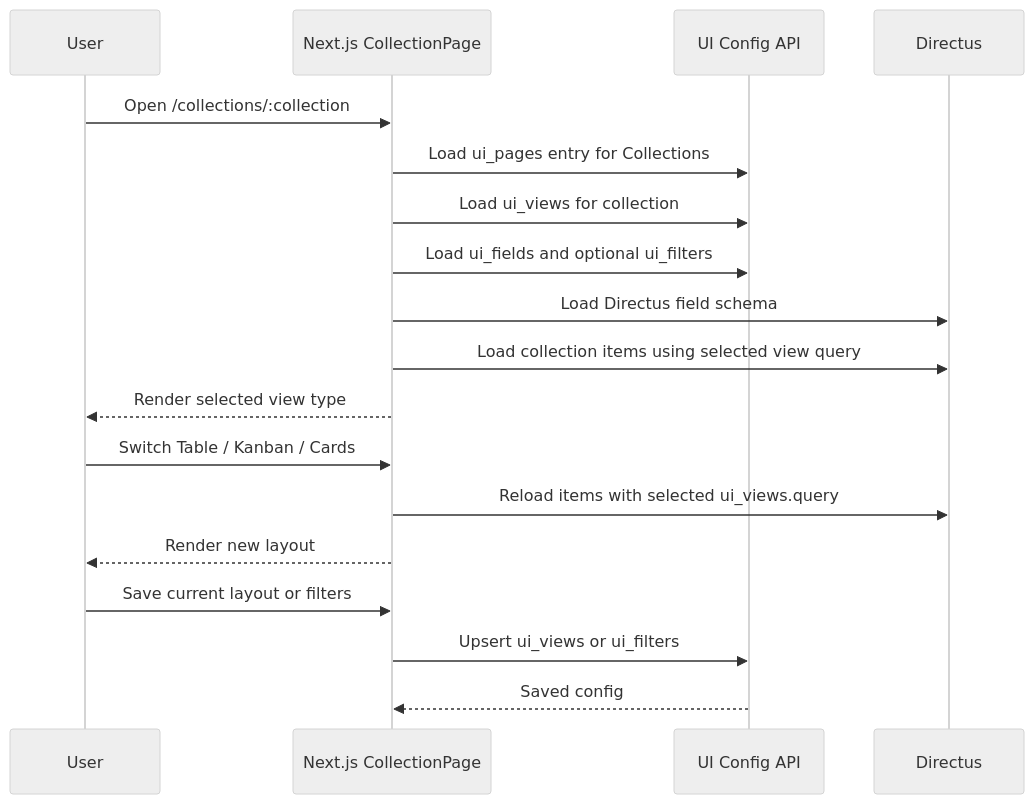
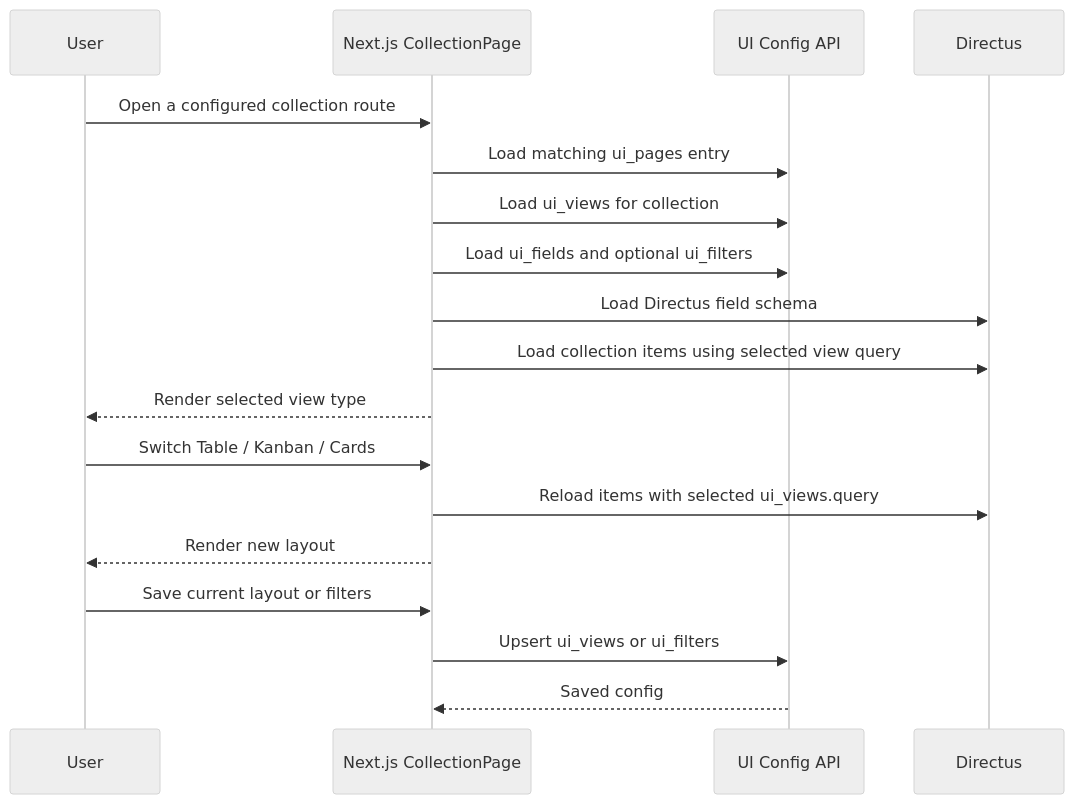
The third of 4 diagrams in docs/architecture.md (tmt203/cx2.0), drawn with Mermaid (neutral theme) before and after one commit. The commit also changed other lines of this file and 13 other files, not shown here.

````diff
--- a/docs/architecture.md
+++ b/docs/architecture.md
@@ -229,23 +242,23 @@
 ```mermaid
 sequenceDiagram
     participant User
     participant UI as Next.js CollectionPage
     participant Config as UI Config API
     participant Directus
 
-    User->>UI: Open /collections/:collection
-    UI->>Config: Load ui_pages entry for Collections
+    User->>UI: Open a configured collection route
+    UI->>Config: Load matching ui_pages entry
     UI->>Config: Load ui_views for collection
     UI->>Config: Load ui_fields and optional ui_filters
     UI->>Directus: Load Directus field schema
     UI->>Directus: Load collection items using selected view query
     UI-->>User: Render selected view type
 
     User->>UI: Switch Table / Kanban / Cards
     UI->>Directus: Reload items with selected ui_views.query
     UI-->>User: Render new layout
 
     User->>UI: Save current layout or filters
     UI->>Config: Upsert ui_views or ui_filters
     Config-->>UI: Saved config
 ```
````
